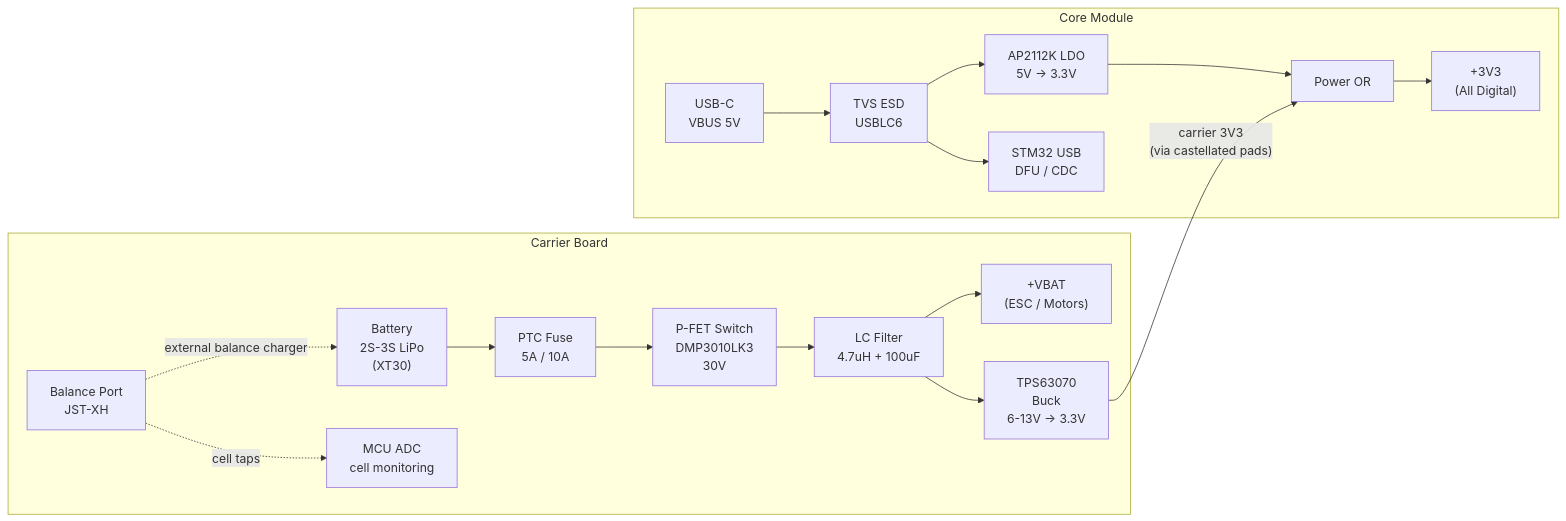
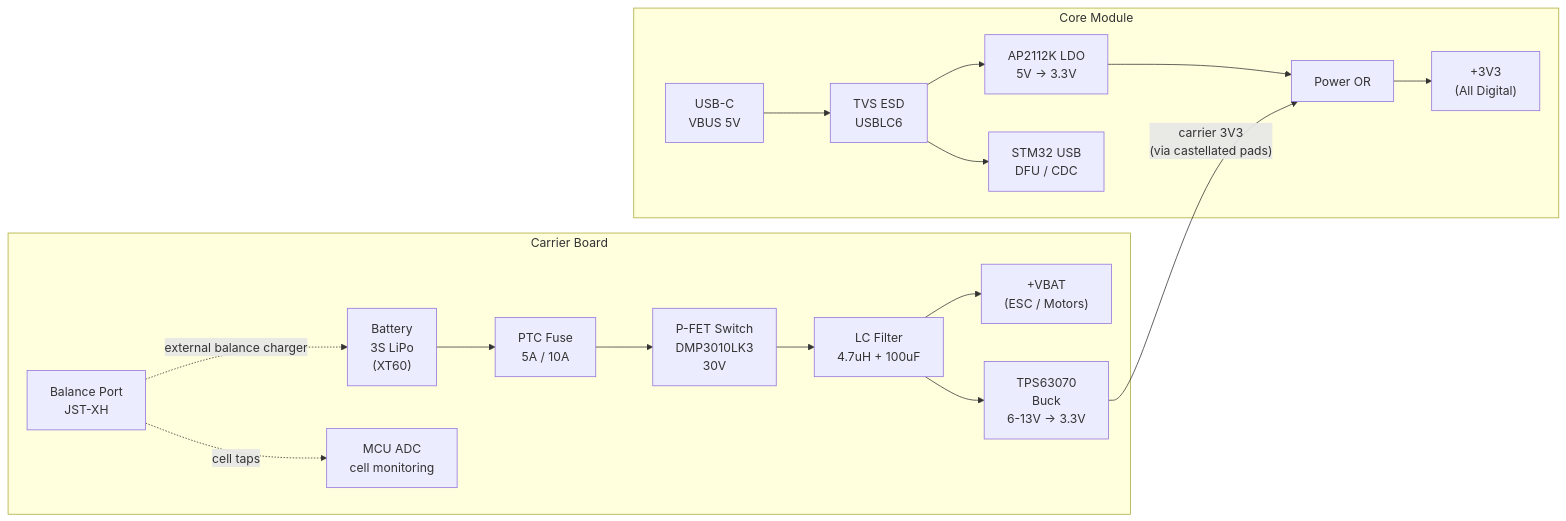
Before and after one commit to g951753321/minidrone: the second of 4 diagrams in design/gen2/spec/README.md, drawn with Mermaid. The commit also changed other lines of this file and 8 other files, not shown here.

````diff
--- a/design/gen2/spec/README.md
+++ b/design/gen2/spec/README.md
@@ -78,22 +79,22 @@
 ```mermaid
 graph LR
     subgraph CARRIER ["Carrier Board"]
-        BAT["Battery<br/>2S-3S LiPo<br/>(XT30)"] --> PTC["PTC Fuse<br/>5A / 10A"]
+        BAT["Battery<br/>3S LiPo<br/>(XT60)"] --> PTC["PTC Fuse<br/>5A / 10A"]
         PTC --> PFET["P-FET Switch<br/>DMP3010LK3<br/>30V"]
         PFET --> LC["LC Filter<br/>4.7uH + 100uF"]
         LC --> VBAT["+VBAT<br/>(ESC / Motors)"]
         LC --> BUCK["TPS63070<br/>Buck<br/>6-13V → 3.3V"]
         BAL["Balance Port<br/>JST-XH"] -.->|"cell taps"| ADC["MCU ADC<br/>cell monitoring"]
         BAL -.->|"external balance charger"| BAT
     end
 
     subgraph CORE ["Core Module"]
         USB["USB-C<br/>VBUS 5V"] --> ESD["TVS ESD<br/>USBLC6"]
         ESD --> LDO["AP2112K LDO<br/>5V → 3.3V"]
         ESD --> USBPHY["STM32 USB<br/>DFU / CDC"]
         LDO --> PWROR["Power OR"]
         PWROR --> V33["+3V3<br/>(All Digital)"]
     end
 
     BUCK -->|"carrier 3V3<br/>(via castellated pads)"| PWROR
 ```
````
